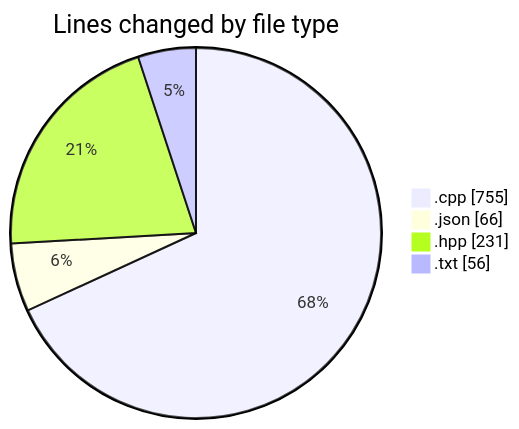
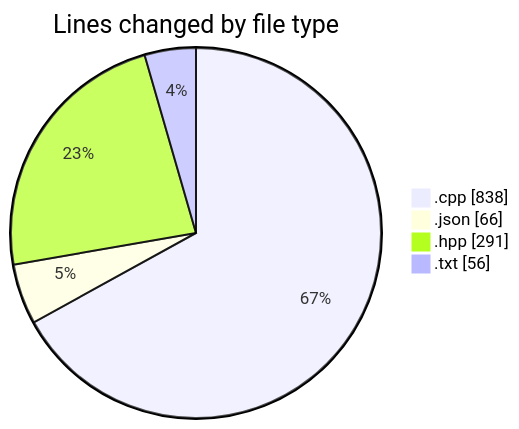
One commit to Netris89/code-tracking changed the first of 2 diagrams in 2025-04-21/echo/README.md. Above: the diagram before and after it, drawn with Mermaid. The commit also changed other lines of this file and 1 other file, not shown here.

````diff
--- a/2025-04-21/echo/README.md
+++ b/2025-04-21/echo/README.md
@@ -25,8 +25,8 @@
 ```mermaid
 pie showData
 title Lines changed by file type
-".cpp" : 755
+".cpp" : 838
 ".json" : 66
-".hpp" : 231
+".hpp" : 291
 ".txt" : 56
 ```
````
